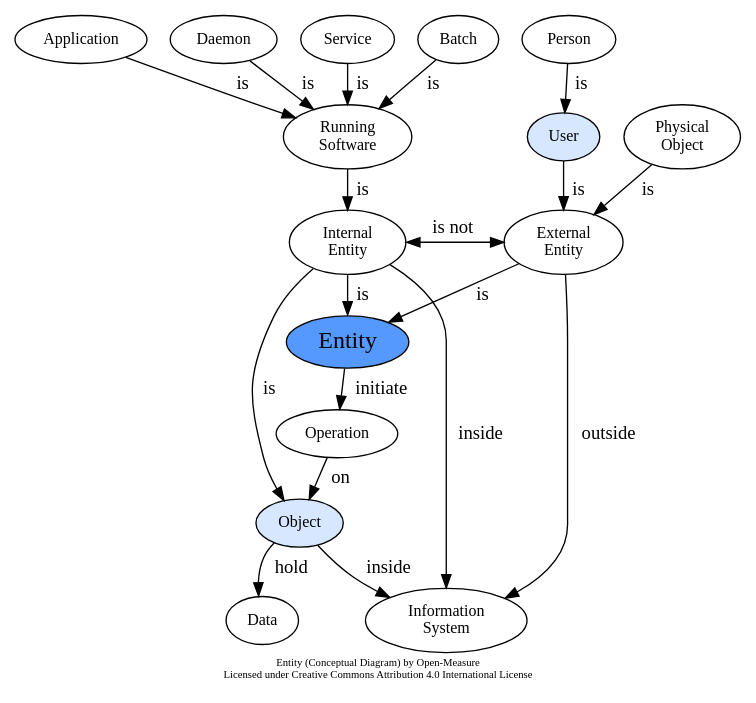
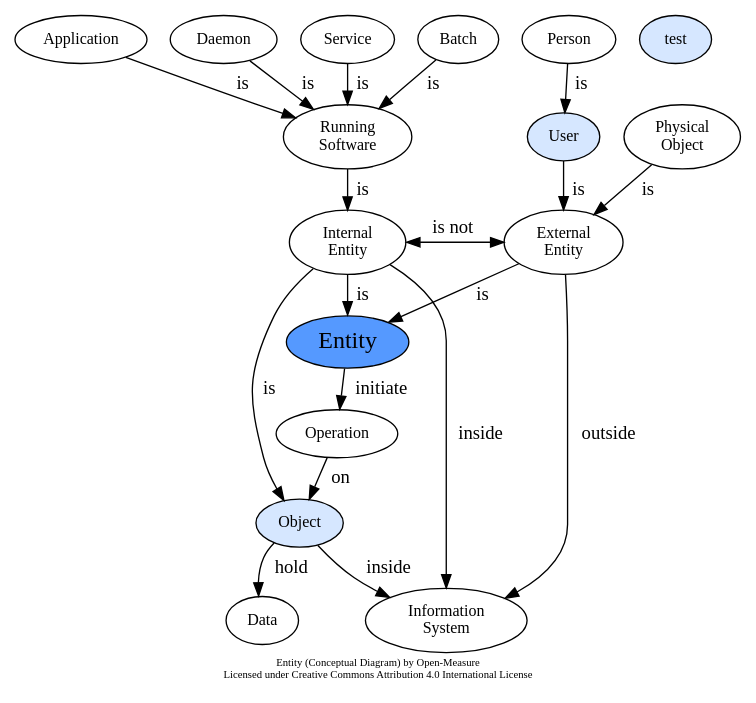
Before and after one commit to Open-Measure/Graphviz-Models: the diagram in Dictionary/entity.gv, drawn with Graphviz.

```diff
--- a/Dictionary/entity.gv
+++ b/Dictionary/entity.gv
@@ -1,58 +1,60 @@
 digraph G {
 	rankdir="TB";
 	ranksep="0";
 	splines="curve";
 	newrank=true;
 	packmode="clust";
 	compound=true;
 	fontname="Calibri";
 	label="Entity (Conceptual Diagram) by Open-Measure\nLicensed under Creative Commons Attribution 4.0 International License";
 	fontsize=8;
 	node[shape="ellipse", fontsize=12, fillcolor="#d6e7ff", style="filled", fontname="Calibri"];
 	edge[fontname="Calibri", minlen="1"];
 
 	n_daemon [fillcolor="white", label="Daemon"];
 	n_service [fillcolor="white", label="Service"];
 	n_batch [fillcolor="white", label="Batch"];
 	n_application [fillcolor="white", label="Application"];
 	n_person [fillcolor="white", label="Person"];
 
 	n_running_software [fillcolor="white", label="Running\nSoftware"];
 	n_physical_object [fillcolor="white", label="Physical\nObject"];
 	n_user [label="User", URL="/wiki/spaces/DIC/pages/82839586/User+Dictionary+Entry"];
 
 	n_external_entity [fillcolor="white", label="External\nEntity"];
 	n_internal_entity [fillcolor="white", label="Internal\nEntity"];
 
  	n_entity [label="Entity", fontsize=18, fillcolor="#5599ff", URL="https://open-measure.atlassian.net/wiki/spaces/DIC/pages/123830932"];
 
 	n_operation [fillcolor="white", label="Operation"];
 
+	n_test[label="test", URL="https://google.com"];
+
 	n_informational_object [label="Object", URL="https://open-measure.atlassian.net/wiki/spaces/DIC/pages/67568133/Object+Dictionary+Entry"];
 	n_data [fillcolor="white", label="Data"];
 
 	n_information_system [fillcolor="white", label="Information\nSystem"];
 
 	n_daemon -> n_running_software [weight=10, label="  is  "];
 	n_service -> n_running_software [weight=10, label="  is  "];
 	n_batch -> n_running_software [weight=10, label="  is  "];
 	n_application -> n_running_software [weight=10, label="  is  "];
 	n_internal_entity -> n_informational_object [weight=10, label="  is  "];
 	n_person -> n_user [weight=10, label="  is", dir="back  "];
 	n_user -> n_external_entity [weight=10, label="  is  "];
 	n_running_software -> n_internal_entity [weight=10, label="  is  "];
 	n_physical_object -> n_external_entity [weight=10, label="  is  "];
 	n_internal_entity -> n_external_entity [weight=10, label="  is not  ", dir="both"];
 	n_internal_entity -> n_entity [weight=10, label="  is  "];
 	n_external_entity -> n_entity [weight=10, label="  is  "];
 	n_entity -> n_operation [weight=10, label="  initiate  "];
 	n_operation -> n_informational_object [weight=10, label="  on  "];
 	n_external_entity -> n_information_system [weight=10, label="  outside  "];
 	n_internal_entity -> n_information_system [weight=10, label="  inside  "];
 	n_informational_object -> n_data [weight=10, label="  hold  "];
 	n_informational_object -> n_information_system [weight=10, label="  inside  "];
 
 	{rank=same; n_internal_entity; n_external_entity;}
 	{rank=same; n_running_software; n_user; n_physical_object;}
 
 }
```
